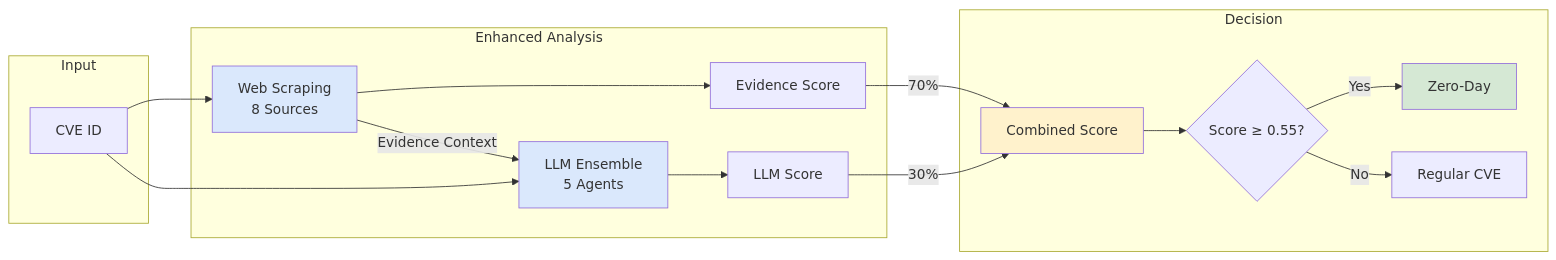
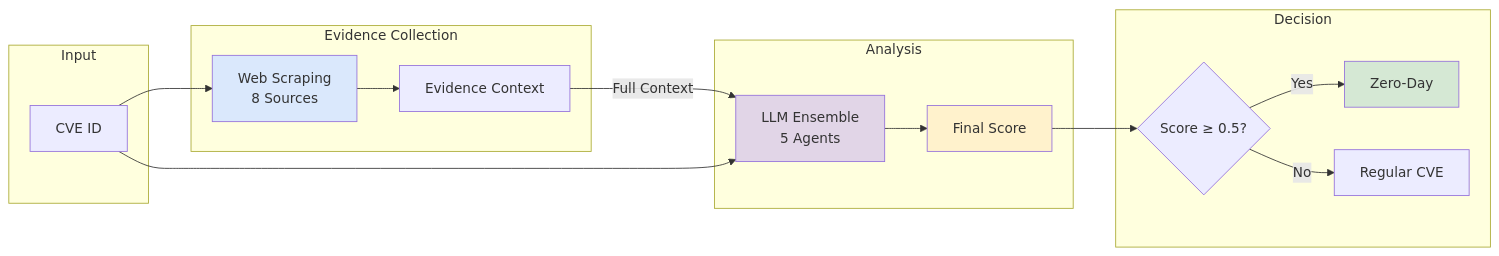
The diagram in README.md (lodetomasi/zero-day-llm-ensemble), drawn with Mermaid before and after one commit. The commit also changed other lines of this file and 5 other files, not shown here.

First line of the commit message:
Add unified CVE analysis script and enhanced detection

````diff
--- a/README.md
+++ b/README.md
@@ -78,28 +79,28 @@
 ```mermaid
 graph LR
     subgraph "Input"
         CVE[CVE ID]
     end
     
-    subgraph "Enhanced Analysis"
+    subgraph "Evidence Collection"
         CVE --> Web[Web Scraping<br/>8 Sources]
-        Web --> Evidence[Evidence Score]
-        Web --> |Evidence Context| LLM[LLM Ensemble<br/>5 Agents]
+        Web --> Evidence[Evidence Context]
+    end
+    
+    subgraph "Analysis"
+        Evidence --> |Full Context| LLM[LLM Ensemble<br/>5 Agents]
         CVE --> LLM
-        LLM --> Prediction[LLM Score]
+        LLM --> Score[Final Score]
     end
     
     subgraph "Decision"
-        Evidence --> |70%| Final[Combined Score]
-        Prediction --> |30%| Final
-        
-        Final --> Thresh{Score ≥ 0.55?}
+        Score --> Thresh{Score ≥ 0.5?}
         Thresh -->|Yes| ZD[Zero-Day]
         Thresh -->|No| Reg[Regular CVE]
     end
     
     style Web fill:#dae8fc
-    style LLM fill:#dae8fc
-    style Final fill:#fff2cc
+    style LLM fill:#e1d5e7
+    style Score fill:#fff2cc
     style ZD fill:#d5e8d4
 ```
````
